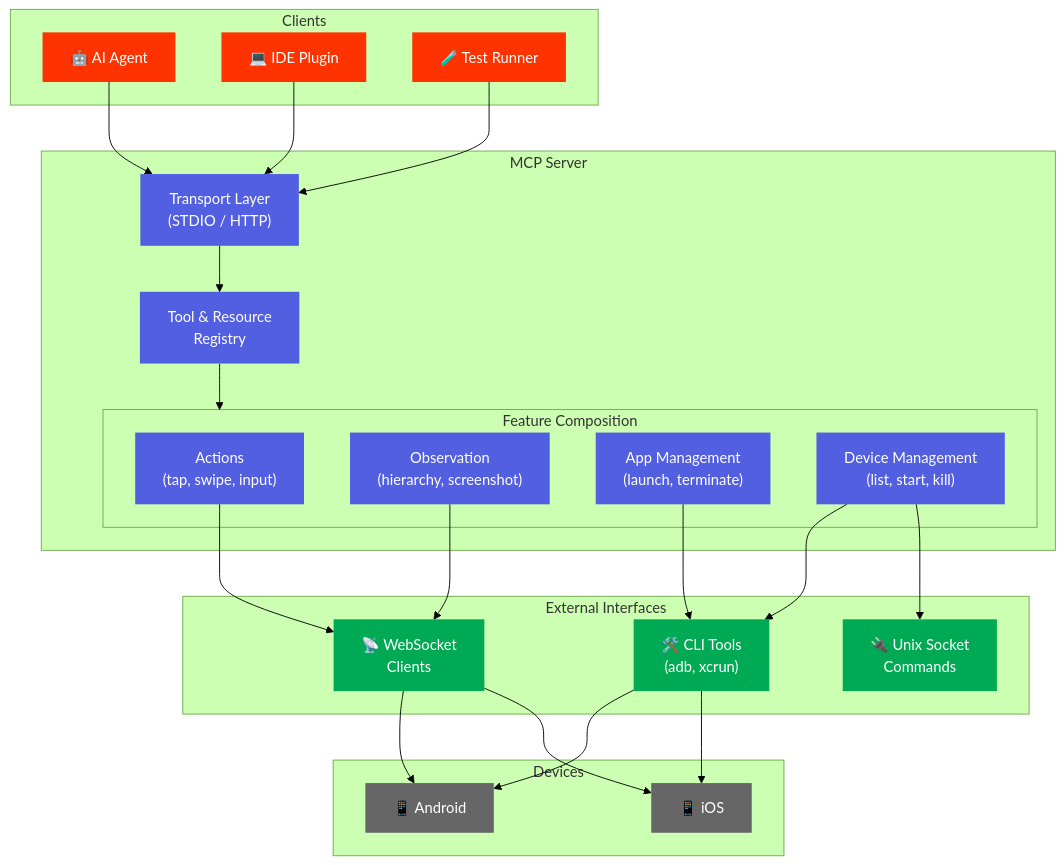
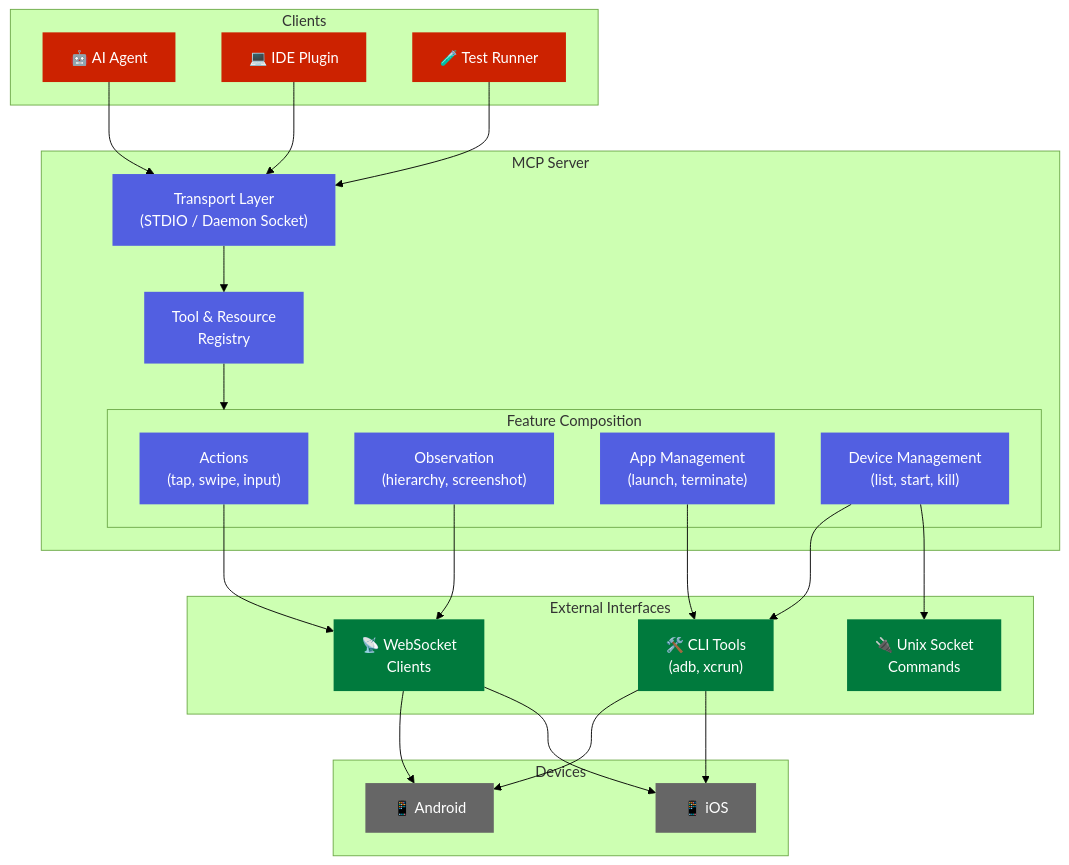
The diagram in docs/design-docs/index.md (kaeawc/auto-mobile), drawn with Mermaid (forest theme) before and after one commit. The commit also changed 11 other files, not shown here.

First line of the commit message:
chore: remove MCP HTTP transport

````diff
--- a/docs/design-docs/index.md
+++ b/docs/design-docs/index.md
@@ -9,58 +9,58 @@
 ```mermaid
 flowchart TB
     subgraph Clients
         Agent["🤖 AI Agent"]
         IDE["💻 IDE Plugin"]
         CLI["🧪 Test Runner"]
     end
 
     subgraph MCP["MCP Server"]
-        Transport["Transport Layer<br/>(STDIO / HTTP)"]
+        Transport["Transport Layer<br/>(STDIO / Daemon Socket)"]
         Registry["Tool & Resource<br/>Registry"]
 
         subgraph Features["Feature Composition"]
             Actions["Actions<br/>(tap, swipe, input)"]
             Observe["Observation<br/>(hierarchy, screenshot)"]
             AppMgmt["App Management<br/>(launch, terminate)"]
             DeviceMgmt["Device Management<br/>(list, start, kill)"]
         end
     end
 
     subgraph External["External Interfaces"]
         WS["📡 WebSocket<br/>Clients"]
         Socket["🔌 Unix Socket<br/>Commands"]
         CLITools["🛠️ CLI Tools<br/>(adb, xcrun)"]
     end
 
     subgraph Devices["Devices"]
         Android["📱 Android"]
         iOS["📱 iOS"]
     end
 
     Agent --> Transport
     IDE --> Transport
     CLI --> Transport
     Transport --> Registry
     Registry --> Features
 
     Actions --> WS
     Observe --> WS
     AppMgmt --> CLITools
     DeviceMgmt --> CLITools
     DeviceMgmt --> Socket
 
     WS --> Android
     WS --> iOS
     CLITools --> Android
     CLITools --> iOS
 
-    classDef client fill:#FF3300,stroke-width:0px,color:white;
+    classDef client fill:#CC2200,stroke-width:0px,color:white;
     classDef mcp fill:#525FE1,stroke-width:0px,color:white;
-    classDef external fill:#00AA55,stroke-width:0px,color:white;
+    classDef external fill:#007A3D,stroke-width:0px,color:white;
     classDef device fill:#666666,stroke-width:0px,color:white;
 
     class Agent,IDE,CLI client;
     class Transport,Registry,Actions,Observe,AppMgmt,DeviceMgmt mcp;
     class WS,Socket,CLITools external;
     class Android,iOS device;
 ```
````
